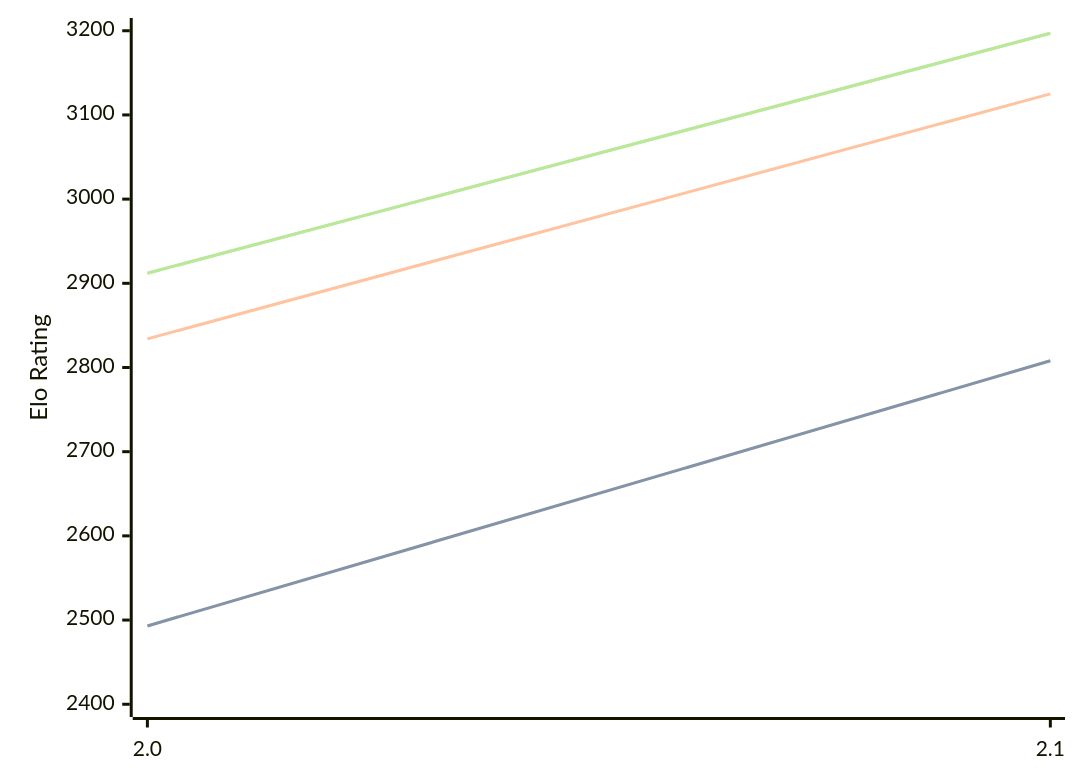
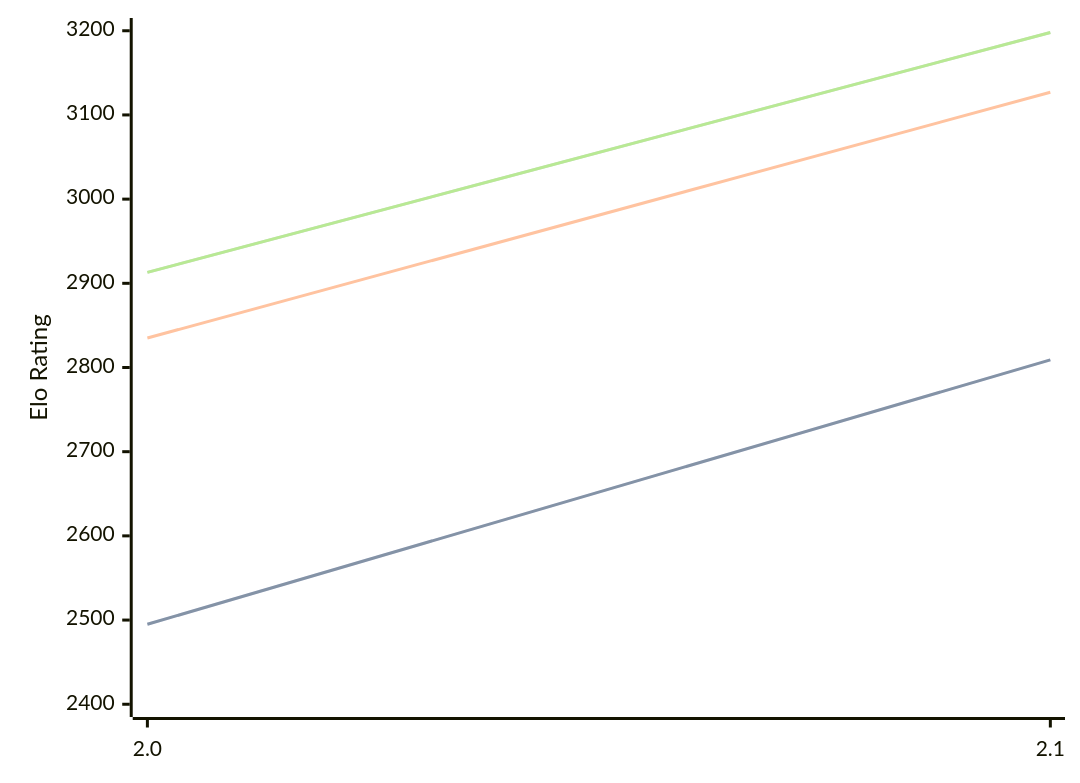
One commit to computer-chess-index/cci changed the diagram in engines/Tunguska.md. Above: the diagram before and after it, drawn with Mermaid. The commit also changed other lines of this file, not shown here.

Commit message:
Update CCI Ratings (ELO VLTC) - 2026-06-11

````diff
--- a/engines/Tunguska.md
+++ b/engines/Tunguska.md
@@ -32,11 +32,11 @@
 ```mermaid
 %%{init: {"theme":"base","themeVariables":{"seriesColors:['#a3a3a3','#222221','#faa371']}}}%%
 xychart-beta
   x-axis ["2.0", "2.1"]
   y-axis "Elo Rating" 2400 --> 3200
-  line "STC (8.0+0.08s)" [2493, 2808]
-  line "STC (8.0+0.08s)" [2493, 2808]
-  line "LTC (60.0+0.60s)" [2834, 3125]
-  line "VLTC (2m24s+1.12s)" [2912, 3197]
-  line "VLTC (2m24s+1.12s)" [2912, 3197]
+  line "STC (8.0+0.08s)" [2495, 2809]
+  line "STC (8.0+0.08s)" [2495, 2809]
+  line "LTC (60.0+0.60s)" [2835, 3127]
+  line "VLTC (2m24s+1.12s)" [2913, 3198]
+  line "VLTC (2m24s+1.12s)" [2913, 3198]
 ```
````
